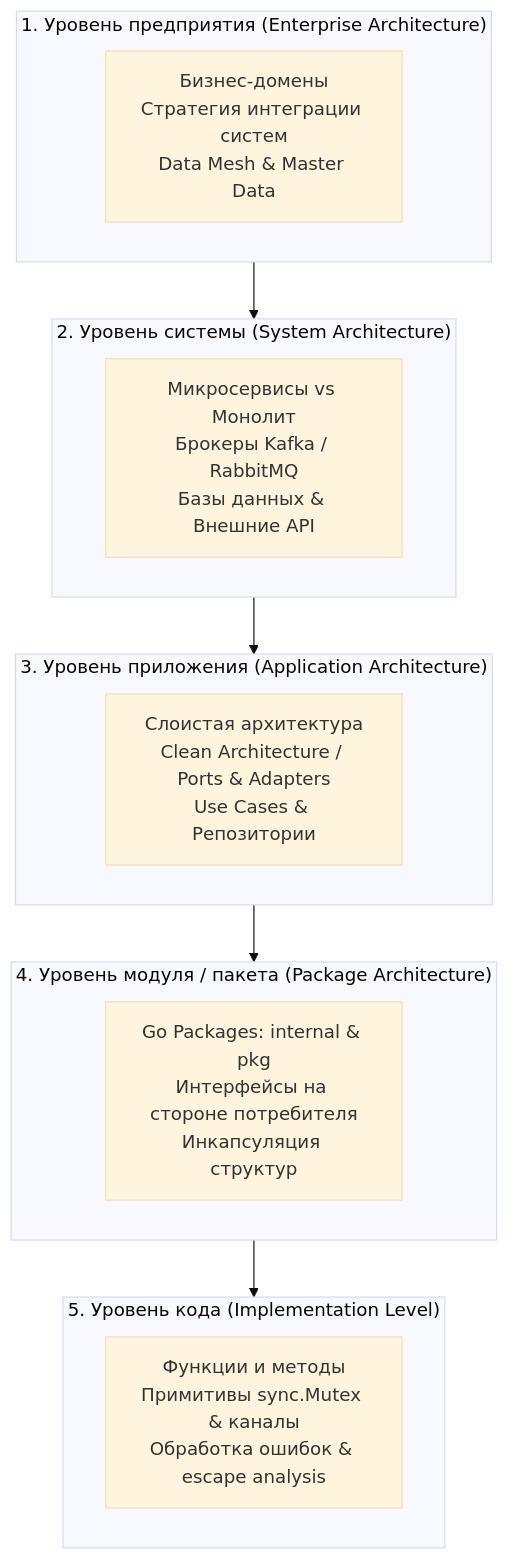
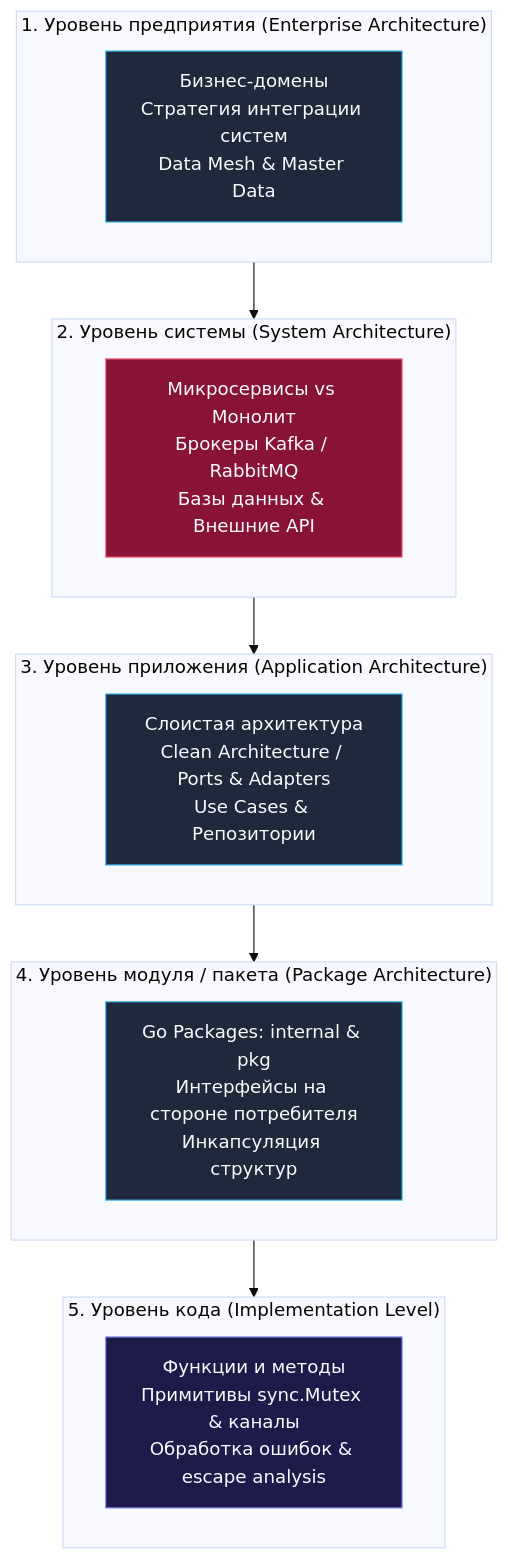
The first of 3 diagrams in sources/11. Архитектура и System Design/2. Что такое архитектура. Уровни абстракции и границы системы.md (UnrealTemplier/go-textbook), drawn with Mermaid (base theme) before and after one commit. The commit also changed other lines of this file and 1666 other files, not shown here.

First line of the commit message:
feat(mermaid): add semantic color classDef to 1369 colorless flowchart/graph diagrams

````diff
--- a/sources/11. Архитектура и System Design/2. Что такое архитектура. Уровни абстракции и границы системы.md
+++ b/sources/11. Архитектура и System Design/2. Что такое архитектура. Уровни абстракции и границы системы.md
@@ -36,24 +36,34 @@
 ```mermaid
 flowchart TD
+    classDef process  fill:#1e293b,stroke:#38bdf8,stroke-width:1px,color:#f8fafc
+    classDef success  fill:#064e3b,stroke:#34d399,stroke-width:1px,color:#f8fafc
+    classDef error    fill:#7f1d1d,stroke:#f87171,stroke-width:1px,color:#f8fafc
+    classDef warning  fill:#78350f,stroke:#fbbf24,stroke-width:1px,color:#f8fafc
+    classDef entry    fill:#1e3a5f,stroke:#38bdf8,stroke-width:2px,color:#f8fafc
+    classDef aux      fill:#334155,stroke:#64748b,stroke-width:1px,color:#f8fafc
+    classDef system   fill:#312e81,stroke:#a78bfa,stroke-width:1px,color:#f8fafc
+    classDef data     fill:#132d29,stroke:#2dd4bf,stroke-width:1px,color:#f8fafc
+    classDef network  fill:#881337,stroke:#fb7185,stroke-width:1px,color:#f8fafc
+    classDef accent   fill:#1e1b4b,stroke:#818cf8,stroke-width:1px,color:#f8fafc
     subgraph Enterprise["1. Уровень предприятия (Enterprise Architecture)"]
-        E1["Бизнес-домены<br>Стратегия интеграции систем<br>Data Mesh & Master Data"]
+        E1["Бизнес-домены<br>Стратегия интеграции систем<br>Data Mesh & Master Data"]:::process
     end
 
     subgraph System["2. Уровень системы (System Architecture)"]
-        S1["Микросервисы vs Монолит<br>Брокеры Kafka / RabbitMQ<br>Базы данных & Внешние API"]
+        S1["Микросервисы vs Монолит<br>Брокеры Kafka / RabbitMQ<br>Базы данных & Внешние API"]:::network
     end
 
     subgraph Application["3. Уровень приложения (Application Architecture)"]
-        A1["Слоистая архитектура<br>Clean Architecture / Ports & Adapters<br>Use Cases & Репозитории"]
+        A1["Слоистая архитектура<br>Clean Architecture / Ports & Adapters<br>Use Cases & Репозитории"]:::process
     end
 
     subgraph Module["4. Уровень модуля / пакета (Package Architecture)"]
-        M1["Go Packages: internal & pkg<br>Интерфейсы на стороне потребителя<br>Инкапсуляция структур"]
+        M1["Go Packages: internal & pkg<br>Интерфейсы на стороне потребителя<br>Инкапсуляция структур"]:::process
     end
 
     subgraph Code["5. Уровень кода (Implementation Level)"]
-        C1["Функции и методы<br>Примитивы sync.Mutex & каналы<br>Обработка ошибок & escape analysis"]
+        C1["Функции и методы<br>Примитивы sync.Mutex & каналы<br>Обработка ошибок & escape analysis"]:::accent
     end
 
     Enterprise --> System --> Application --> Module --> Code
 ```
````
